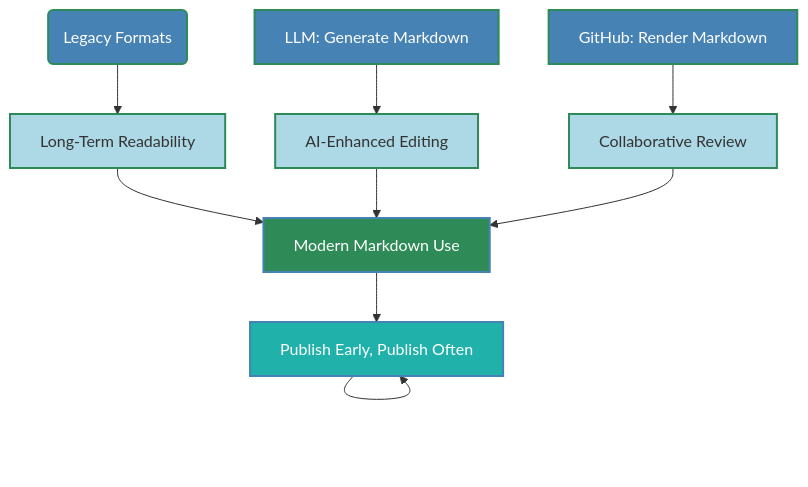
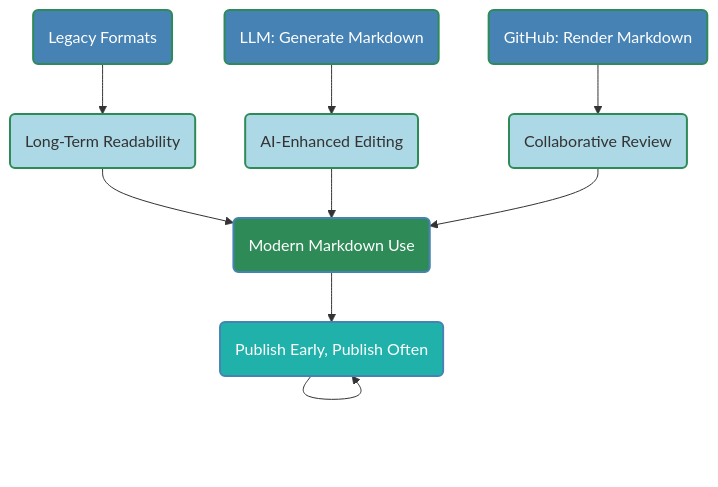
One commit to buckeye43210/markdown-to-snowkb changed the first of 4 diagrams in README.md. Above: the diagram before and after it, drawn with Mermaid. The commit also changed other lines of this file, not shown here.

Commit message:
revising diagrams

````diff
--- a/README.md
+++ b/README.md
@@ -48,20 +48,20 @@
 ```mermaid
 graph TD
-    A(Legacy Formats)          --> B[Long-Term Readability]
-    C[LLM: Generate Markdown]  --> D[AI-Enhanced Editing]
-    E[GitHub: Render Markdown] --> F[Collaborative Review]
-    B --> G[Modern Markdown Use]
+    A(Legacy Formats)          --> B(Long-Term Readability)
+    C(LLM: Generate Markdown)  --> D(AI-Enhanced Editing)
+    E(GitHub: Render Markdown) --> F(Collaborative Review)
+    B --> G(Modern Markdown Use)
     D --> G
     F --> G
-    G --> H[Publish Early, Publish Often]
+    G --> H(Publish Early, Publish Often)
     H --> H
     
     style A fill:#4682B4,stroke:#2E8B57,stroke-width:2px,color:#FFFFFF
     style B fill:#ADD8E6,stroke:#2E8B57,stroke-width:2px
     style C fill:#4682B4,stroke:#2E8B57,stroke-width:2px,color:#FFFFFF
     style D fill:#ADD8E6,stroke:#2E8B57,stroke-width:2px
     style E fill:#4682B4,stroke:#2E8B57,stroke-width:2px,color:#FFFFFF
     style F fill:#ADD8E6,stroke:#2E8B57,stroke-width:2px
     style G fill:#2E8B57,stroke:#4682B4,stroke-width:2px,color:#FFFFFF
     style H fill:#20B2AA,stroke:#4682B4,stroke-width:2px,color:#FFFFFF
 ```
````
